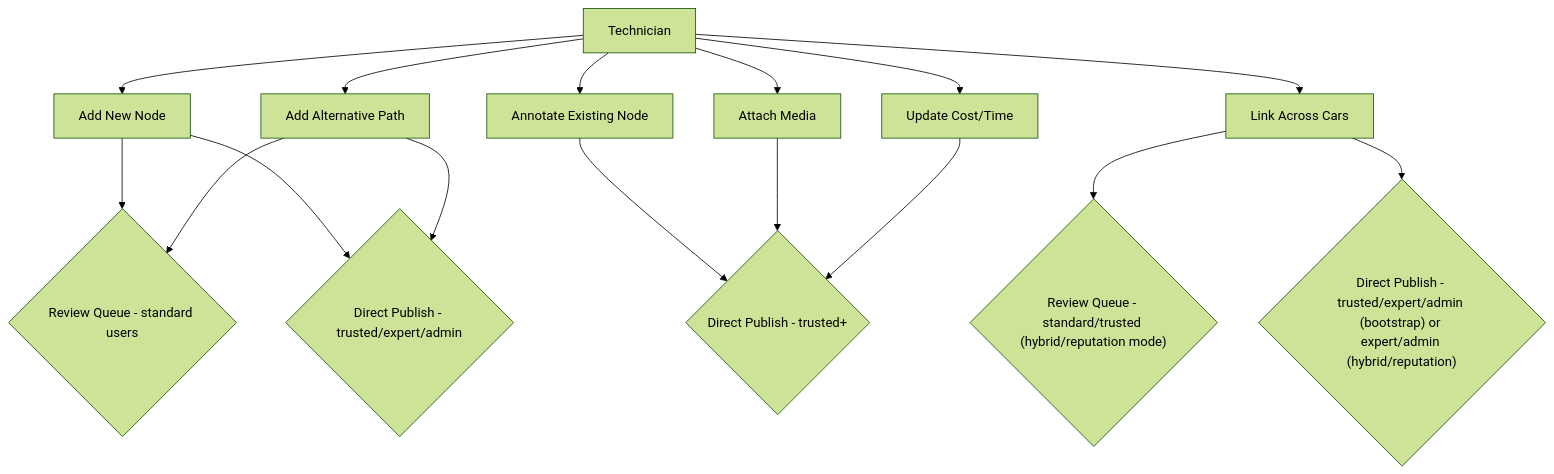
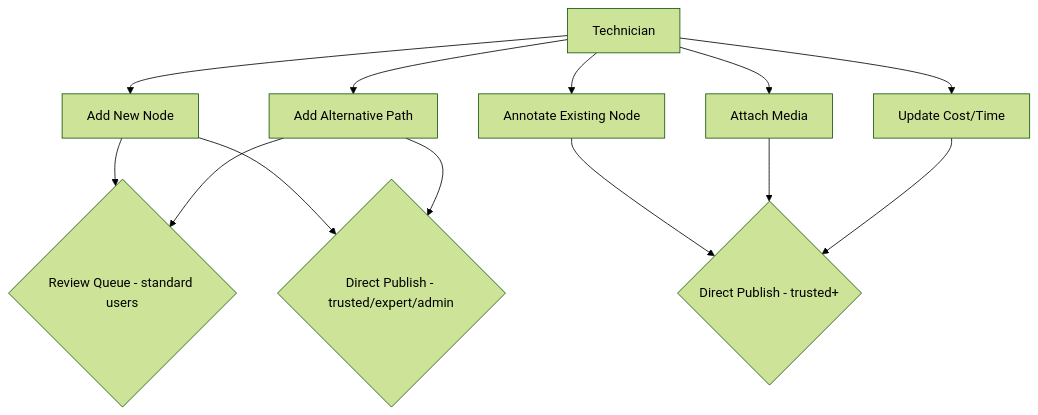
The second of 16 diagrams in .cursor/plans/diagnostic_knowledge_system_c18065b2.plan.md (vjeeva/connected-diagnostics), drawn with Mermaid (forest theme) before and after one commit. The commit also changed other lines of this file and 77 other files, not shown here.

````diff
--- a/.cursor/plans/diagnostic_knowledge_system_c18065b2.plan.md
+++ b/.cursor/plans/diagnostic_knowledge_system_c18065b2.plan.md
@@ -317,21 +309,18 @@
 ```mermaid
 flowchart TD
     Tech["Technician"]
 
     Tech --> NewNode["Add New Node"]
     Tech --> AltPath["Add Alternative Path"]
     Tech --> Annotate["Annotate Existing Node"]
     Tech --> Attach["Attach Media"]
-    Tech --> CrossCar["Link Across Cars"]
     Tech --> CostUpdate["Update Cost/Time"]
 
     NewNode --> ReviewQ{"Review Queue - standard users"}
     NewNode --> Direct{"Direct Publish - trusted/expert/admin"}
     AltPath --> ReviewQ
     AltPath --> Direct
     Annotate --> Direct2{"Direct Publish - trusted+"}
     Attach --> Direct2
-    CrossCar --> ReviewQ2{"Review Queue - standard/trusted (hybrid/reputation mode)"}
-    CrossCar --> Direct3{"Direct Publish - trusted/expert/admin (bootstrap) or expert/admin (hybrid/reputation)"}
     CostUpdate --> Direct2
 ```
````
